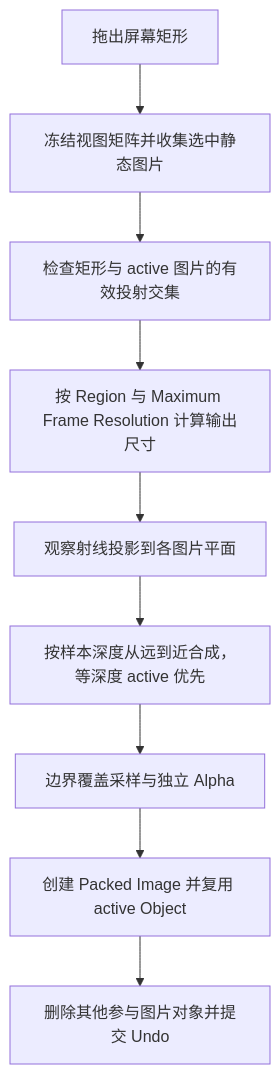
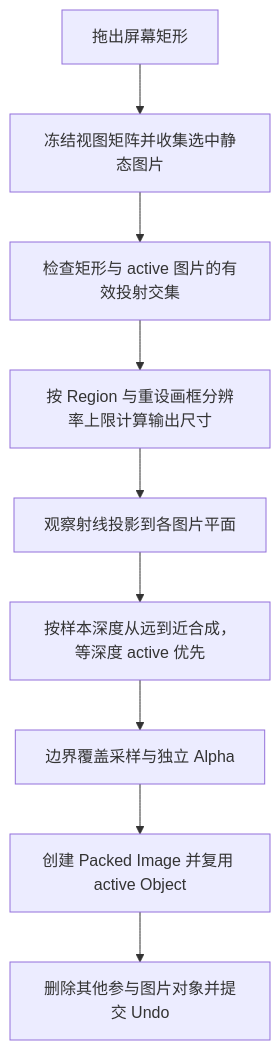
Before and after one commit to OmooLab/AnyImage: the diagram in docs/develop/operators/frame.md, drawn with Mermaid. The commit also changed other lines of this file and 56 other files, not shown here.

````diff
--- a/docs/develop/operators/frame.md
+++ b/docs/develop/operators/frame.md
@@ -5,11 +5,11 @@
 ```mermaid
 flowchart TD
     A[拖出屏幕矩形] --> B[冻结视图矩阵并收集选中静态图片]
     B --> C[检查矩形与 active 图片的有效投射交集]
-    C --> D[按 Region 与 Maximum Frame Resolution 计算输出尺寸]
+    C --> D[按 Region 与重设画框分辨率上限计算输出尺寸]
     D --> E[观察射线投影到各图片平面]
     E --> F[按样本深度从远到近合成，等深度 active 优先]
     F --> G[边界覆盖采样与独立 Alpha]
     G --> H[创建 Packed Image 并复用 active Object]
     H --> I[删除其他参与图片对象并提交 Undo]
 ```
````
